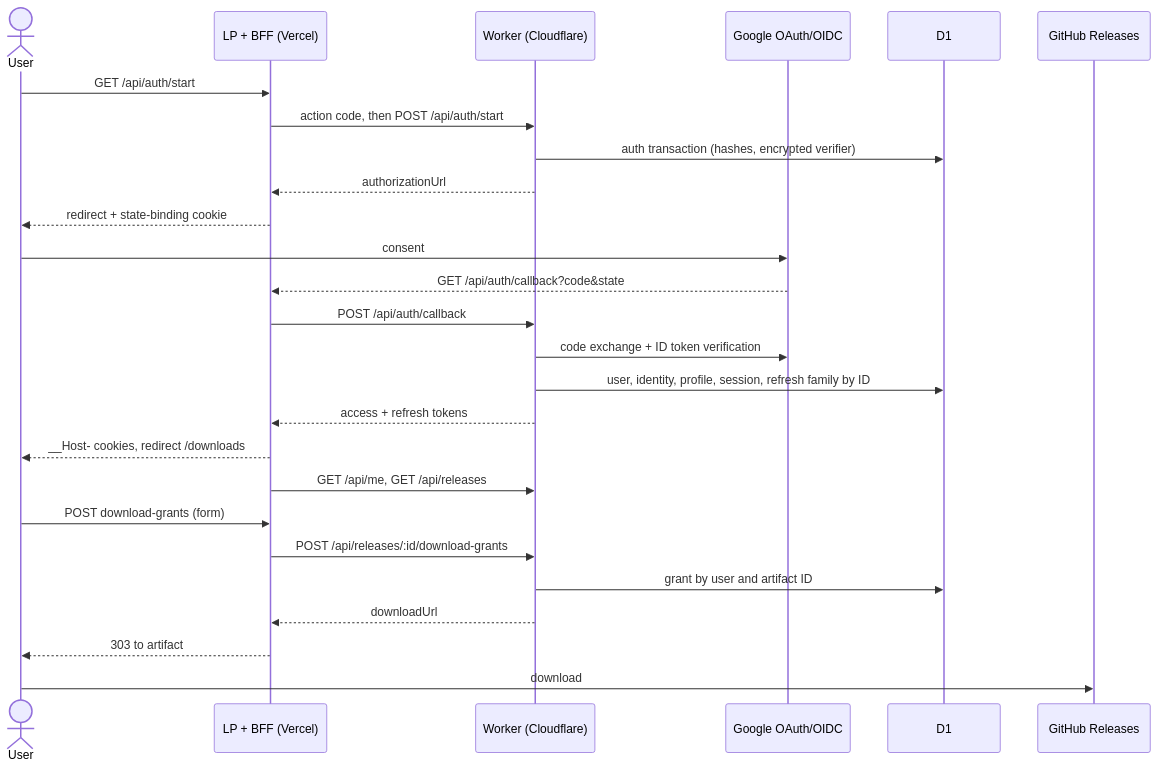
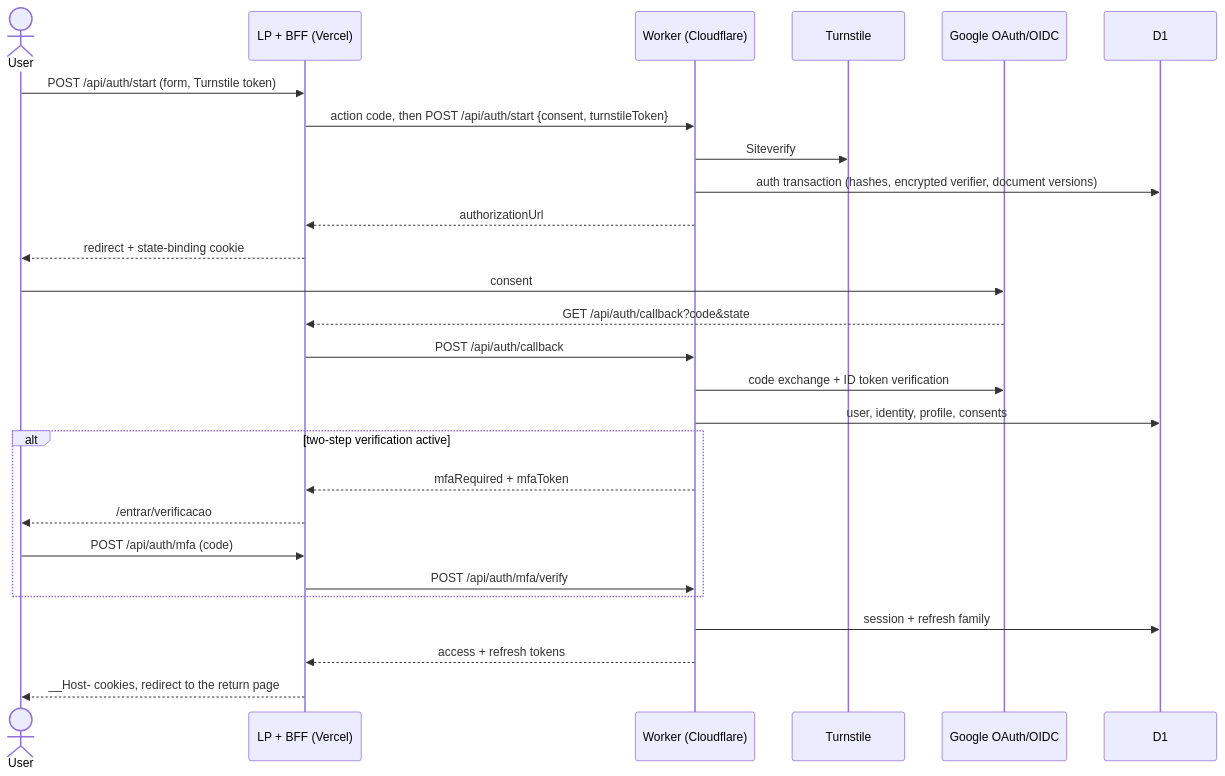
The fourth of 8 diagrams in docs/ARCHITECTURE.md (luizfelipe-pacifico/talentum), drawn with Mermaid before and after one commit. The commit also changed other lines of this file and 411 other files, not shown here.

````diff
--- a/docs/ARCHITECTURE.md
+++ b/docs/ARCHITECTURE.md
@@ -187,28 +208,29 @@
 ```mermaid
 sequenceDiagram
     actor U as User
     participant F as LP + BFF (Vercel)
     participant B as Worker (Cloudflare)
+    participant T as Turnstile
     participant O as Google OAuth/OIDC
     participant D as D1
-    participant R as GitHub Releases
-    U->>F: GET /api/auth/start
-    F->>B: action code, then POST /api/auth/start
-    B->>D: auth transaction (hashes, encrypted verifier)
+    U->>F: POST /api/auth/start (form, Turnstile token)
+    F->>B: action code, then POST /api/auth/start {consent, turnstileToken}
+    B->>T: Siteverify
+    B->>D: auth transaction (hashes, encrypted verifier, document versions)
     B-->>F: authorizationUrl
     F-->>U: redirect + state-binding cookie
     U->>O: consent
     O-->>F: GET /api/auth/callback?code&state
     F->>B: POST /api/auth/callback
     B->>O: code exchange + ID token verification
-    B->>D: user, identity, profile, session, refresh family by ID
+    B->>D: user, identity, profile, consents
+    alt two-step verification active
+        B-->>F: mfaRequired + mfaToken
+        F-->>U: /entrar/verificacao
+        U->>F: POST /api/auth/mfa (code)
+        F->>B: POST /api/auth/mfa/verify
+    end
+    B->>D: session + refresh family
     B-->>F: access + refresh tokens
-    F-->>U: __Host- cookies, redirect /downloads
-    F->>B: GET /api/me, GET /api/releases
-    U->>F: POST download-grants (form)
-    F->>B: POST /api/releases/:id/download-grants
-    B->>D: grant by user and artifact ID
-    B-->>F: downloadUrl
-    F-->>U: 303 to artifact
-    U->>R: download
+    F-->>U: __Host- cookies, redirect to the return page
 ```
````
